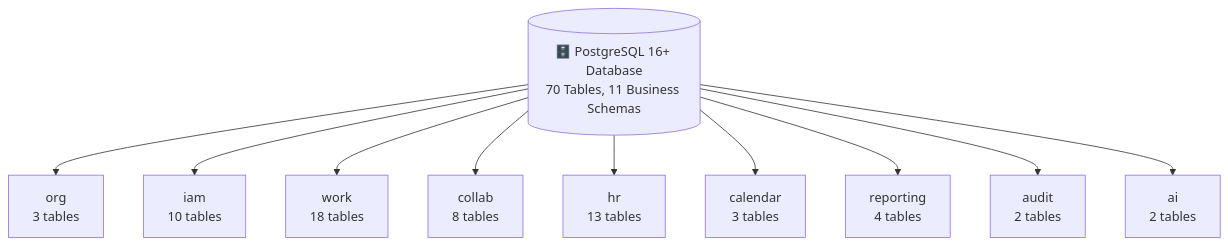
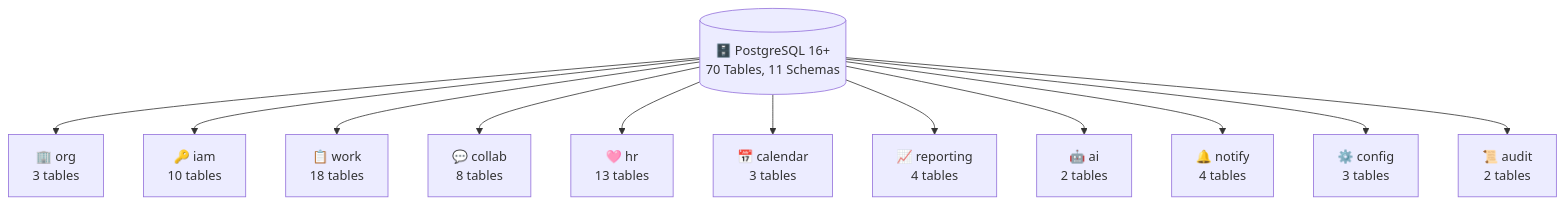
One commit to CODOC-IT/worksync changed the diagram in README.md. Above: the diagram before and after it, drawn with Mermaid. The commit also changed other lines of this file, not shown here.

````diff
--- a/README.md
+++ b/README.md
@@ -210,13 +258,15 @@
 ```mermaid
 flowchart TD
-    A[(🗄️ PostgreSQL 16+ Database<br/>70 Tables, 11 Business Schemas)]
-    A --> B[org<br/>3 tables]
-    A --> C[iam<br/>10 tables]
-    A --> D[work<br/>18 tables]
-    A --> E[collab<br/>8 tables]
-    A --> F[hr<br/>13 tables]
-    A --> G[calendar<br/>3 tables]
-    A --> H[reporting<br/>4 tables]
-    A --> I[audit<br/>2 tables]
-    A --> J[ai<br/>2 tables]
+    A[(🗄️ PostgreSQL 16+\n70 Tables, 11 Schemas)]
+    A --> B[🏢 org\n3 tables]
+    A --> C[🔑 iam\n10 tables]
+    A --> D[📋 work\n18 tables]
+    A --> E[💬 collab\n8 tables]
+    A --> F[🩷 hr\n13 tables]
+    A --> G[📅 calendar\n3 tables]
+    A --> H[📈 reporting\n4 tables]
+    A --> I[🤖 ai\n2 tables]
+    A --> J[🔔 notify\n4 tables]
+    A --> K[⚙️ config\n3 tables]
+    A --> L[📜 audit\n2 tables]
 ```
````
